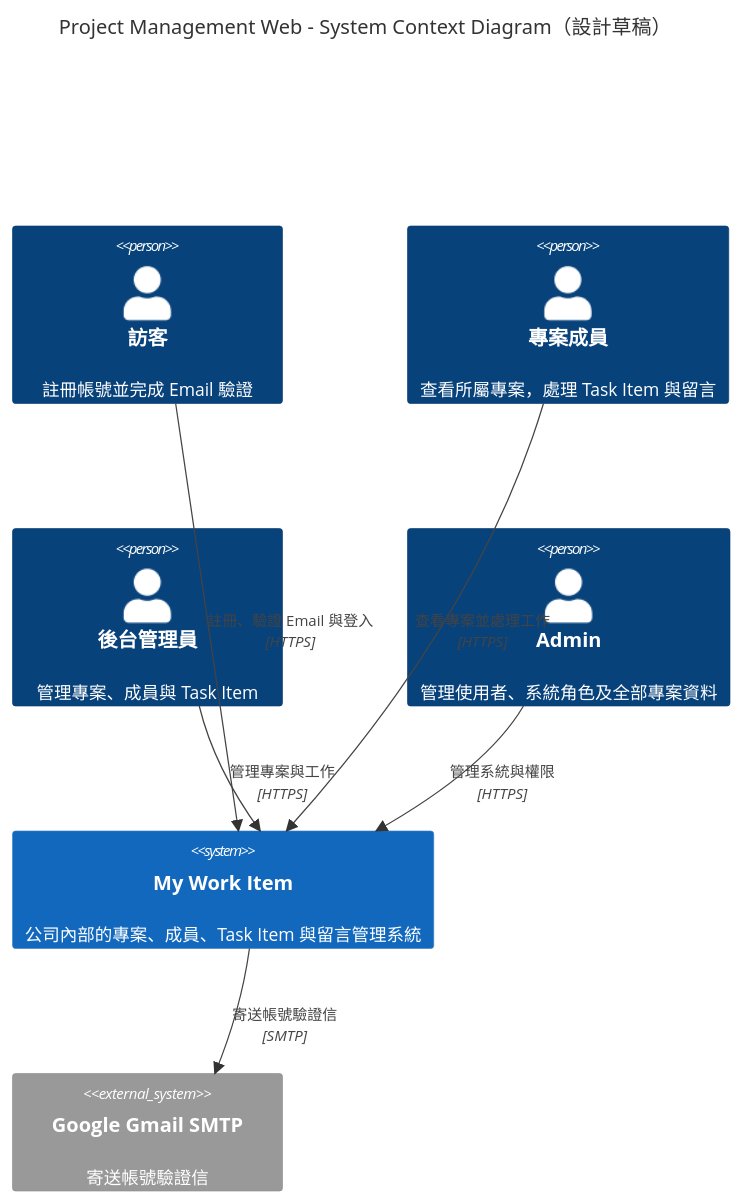
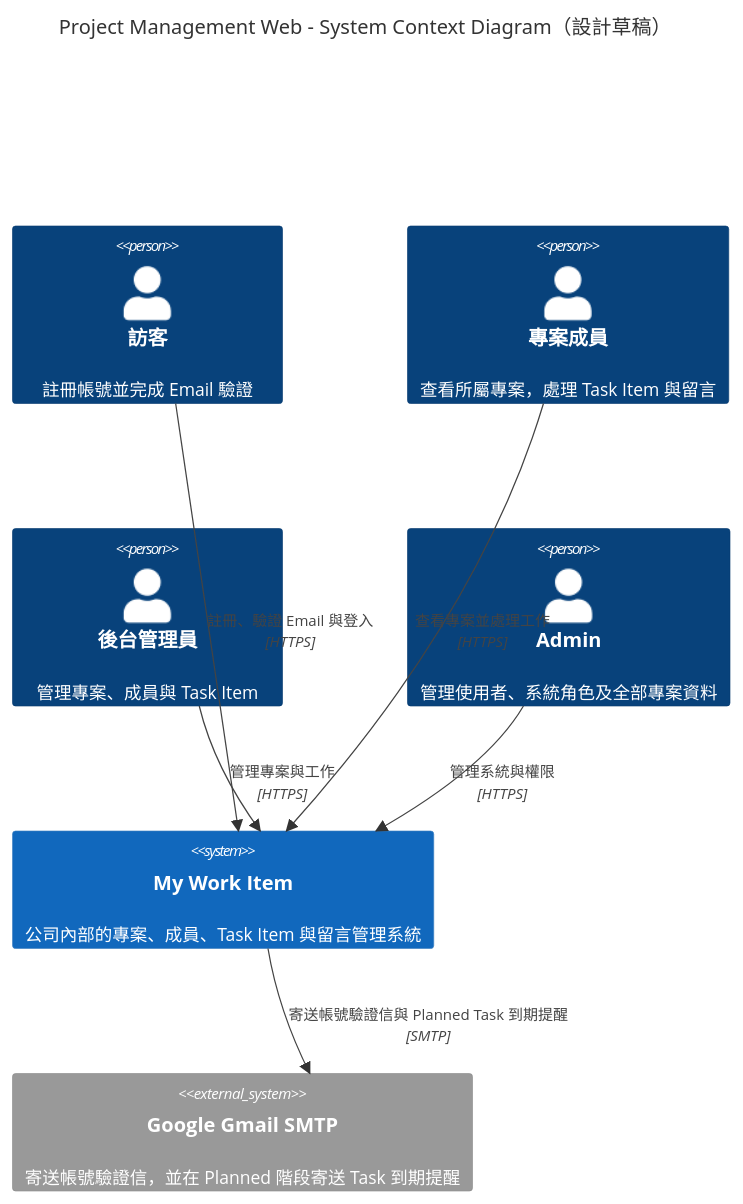
One commit to JJDing-Louis/ProjectManagementWeb_Spec changed the diagram in C4/ProjectManagementWeb_Level1_Context.mmd. Above: the diagram before and after it, drawn with Mermaid. The commit also changed 5 other files, not shown here.

Commit message:
同步 C4 圖與規格對齊狀態

```diff
--- a/C4/ProjectManagementWeb_Level1_Context.mmd
+++ b/C4/ProjectManagementWeb_Level1_Context.mmd
@@ -1,18 +1,18 @@
 C4Context
     title Project Management Web - System Context Diagram（設計草稿）
 
     Person(visitor, "訪客", "註冊帳號並完成 Email 驗證")
     Person(member, "專案成員", "查看所屬專案，處理 Task Item 與留言")
     Person(administrator, "後台管理員", "管理專案、成員與 Task Item")
     Person(admin, "Admin", "管理使用者、系統角色及全部專案資料")
 
     System(myWorkItem, "My Work Item", "公司內部的專案、成員、Task Item 與留言管理系統")
-    System_Ext(emailService, "Google Gmail SMTP", "寄送帳號驗證信")
+    System_Ext(emailService, "Google Gmail SMTP", "寄送帳號驗證信，並在 Planned 階段寄送 Task 到期提醒")
 
     Rel(visitor, myWorkItem, "註冊、驗證 Email 與登入", "HTTPS")
     Rel(member, myWorkItem, "查看專案並處理工作", "HTTPS")
     Rel(administrator, myWorkItem, "管理專案與工作", "HTTPS")
     Rel(admin, myWorkItem, "管理系統與權限", "HTTPS")
-    Rel(myWorkItem, emailService, "寄送帳號驗證信", "SMTP")
+    Rel(myWorkItem, emailService, "寄送帳號驗證信與 Planned Task 到期提醒", "SMTP")
 
     UpdateLayoutConfig($c4ShapeInRow="3", $c4BoundaryInRow="1")
```
